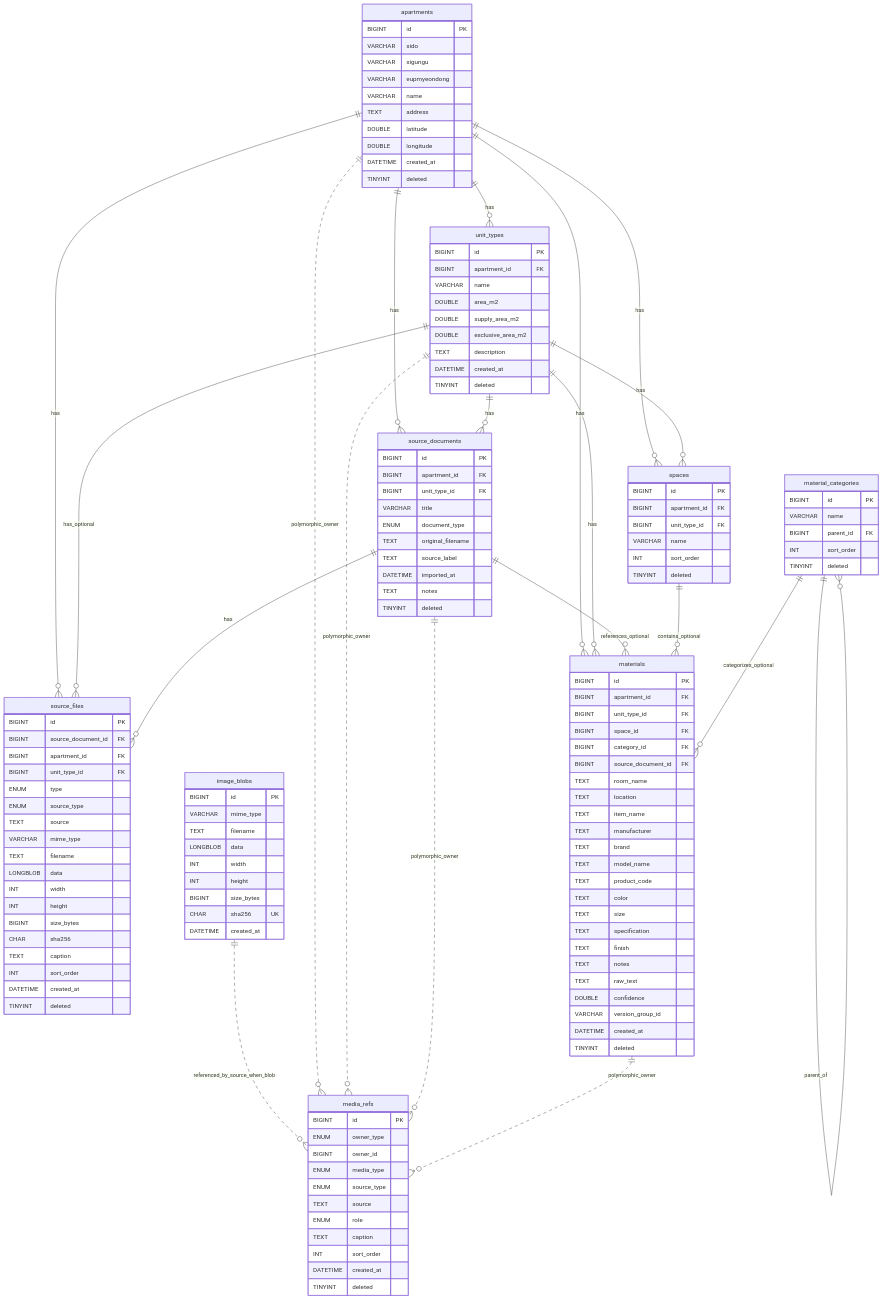
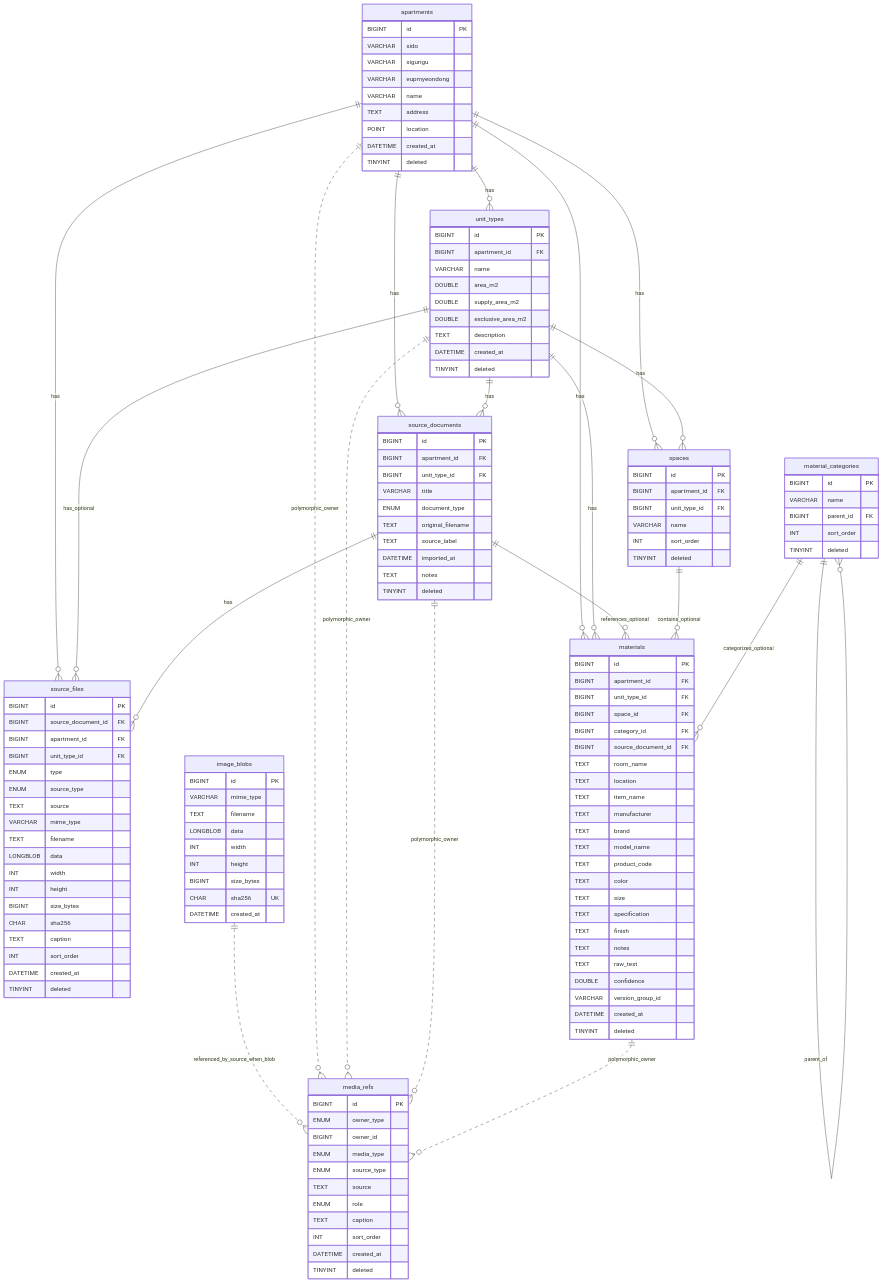
Before and after one commit to positoy/apt-repairman: the diagram in db/ER.mermaid, drawn with Mermaid. The commit also changed 1 other file, not shown here.

Commit message:
docs: drop latitude,longitude and add location on apartments

```diff
--- a/db/ER.mermaid
+++ b/db/ER.mermaid
@@ -1,152 +1,151 @@
 erDiagram
   apartments ||--o{ unit_types : has
   apartments ||--o{ source_documents : has
   apartments ||--o{ source_files : has
   apartments ||--o{ spaces : has
   apartments ||--o{ materials : has
 
   unit_types ||--o{ source_documents : has
   unit_types ||--o{ source_files : has_optional
   unit_types ||--o{ spaces : has
   unit_types ||--o{ materials : has
 
   source_documents ||--o{ source_files : has
   source_documents ||--o{ materials : references_optional
 
   spaces ||--o{ materials : contains_optional
   material_categories ||--o{ materials : categorizes_optional
   material_categories ||--o{ material_categories : parent_of
 
   image_blobs ||..o{ media_refs : referenced_by_source_when_blob
   apartments ||..o{ media_refs : polymorphic_owner
   unit_types ||..o{ media_refs : polymorphic_owner
   source_documents ||..o{ media_refs : polymorphic_owner
   materials ||..o{ media_refs : polymorphic_owner
 
   apartments {
     BIGINT id PK
     VARCHAR sido
     VARCHAR sigungu
     VARCHAR eupmyeondong
     VARCHAR name
     TEXT address
-    DOUBLE latitude
-    DOUBLE longitude
+    POINT location
     DATETIME created_at
     TINYINT deleted
   }
 
   unit_types {
     BIGINT id PK
     BIGINT apartment_id FK
     VARCHAR name
     DOUBLE area_m2
     DOUBLE supply_area_m2
     DOUBLE exclusive_area_m2
     TEXT description
     DATETIME created_at
     TINYINT deleted
   }
 
   source_documents {
     BIGINT id PK
     BIGINT apartment_id FK
     BIGINT unit_type_id FK
     VARCHAR title
     ENUM document_type
     TEXT original_filename
     TEXT source_label
     DATETIME imported_at
     TEXT notes
     TINYINT deleted
   }
 
   source_files {
     BIGINT id PK
     BIGINT source_document_id FK
     BIGINT apartment_id FK
     BIGINT unit_type_id FK
     ENUM type
     ENUM source_type
     TEXT source
     VARCHAR mime_type
     TEXT filename
     LONGBLOB data
     INT width
     INT height
     BIGINT size_bytes
     CHAR sha256
     TEXT caption
     INT sort_order
     DATETIME created_at
     TINYINT deleted
   }
 
   image_blobs {
     BIGINT id PK
     VARCHAR mime_type
     TEXT filename
     LONGBLOB data
     INT width
     INT height
     BIGINT size_bytes
     CHAR sha256 UK
     DATETIME created_at
   }
 
   spaces {
     BIGINT id PK
     BIGINT apartment_id FK
     BIGINT unit_type_id FK
     VARCHAR name
     INT sort_order
     TINYINT deleted
   }
 
   material_categories {
     BIGINT id PK
     VARCHAR name
     BIGINT parent_id FK
     INT sort_order
     TINYINT deleted
   }
 
   materials {
     BIGINT id PK
     BIGINT apartment_id FK
     BIGINT unit_type_id FK
     BIGINT space_id FK
     BIGINT category_id FK
     BIGINT source_document_id FK
     TEXT room_name
     TEXT location
     TEXT item_name
     TEXT manufacturer
     TEXT brand
     TEXT model_name
     TEXT product_code
     TEXT color
     TEXT size
     TEXT specification
     TEXT finish
     TEXT notes
     TEXT raw_text
     DOUBLE confidence
     VARCHAR version_group_id
     DATETIME created_at
     TINYINT deleted
   }
 
   media_refs {
     BIGINT id PK
     ENUM owner_type
     BIGINT owner_id
     ENUM media_type
     ENUM source_type
     TEXT source
     ENUM role
     TEXT caption
     INT sort_order
     DATETIME created_at
     TINYINT deleted
   }
```
